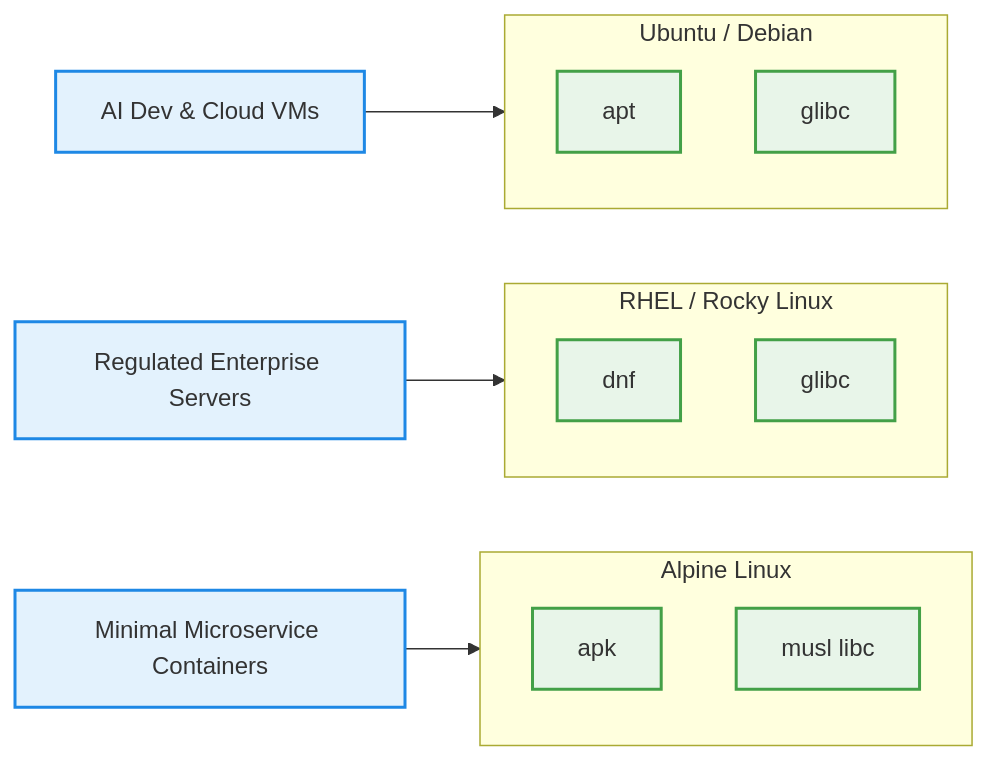
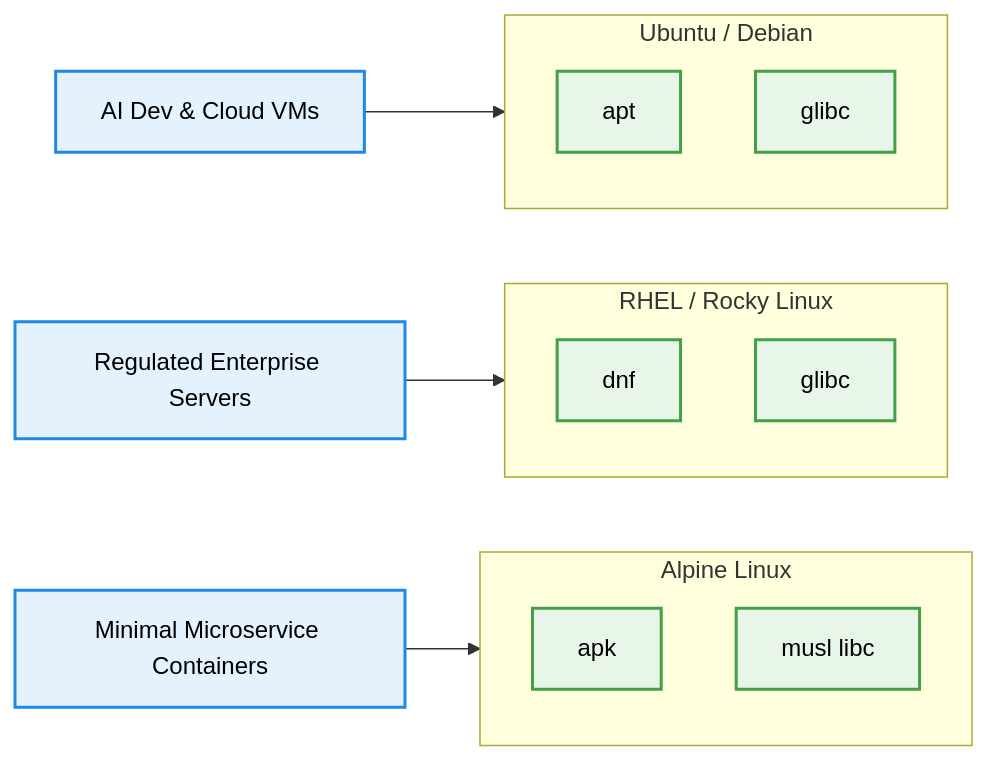
Before and after one commit to aloysiuspattath/platform-engineering-ai-course: the diagram in courses/platform-engineering/modules/module-01/lesson-03.md, drawn with Mermaid. The commit also changed 53 other files, not shown here.

Commit message:
fix: enforce high-contrast black text on mermaid diagram fills for dark mode readability

````diff
--- a/courses/platform-engineering/modules/module-01/lesson-03.md
+++ b/courses/platform-engineering/modules/module-01/lesson-03.md
@@ -91,24 +91,24 @@
 ```mermaid
 flowchart LR
-    classDef distro fill:#e3f2fd,stroke:#1e88e5,stroke-width:2px;
-    classDef component fill:#e8f5e9,stroke:#43a047,stroke-width:2px;
+    classDef distro fill:#e3f2fd,stroke:#1e88e5,stroke-width:2px,color:#000000;
+    classDef component fill:#e8f5e9,stroke:#43a047,stroke-width:2px,color:#000000;
 
     subgraph Ubuntu [Ubuntu / Debian]
         APT[apt]:::component
         GLIBC1[glibc]:::component
     end
 
     subgraph RHEL [RHEL / Rocky Linux]
         DNF[dnf]:::component
         GLIBC2[glibc]:::component
     end
 
     subgraph Alpine [Alpine Linux]
         APK[apk]:::component
         MUSL[musl libc]:::component
     end
 
     UC_DEV[AI Dev & Cloud VMs]:::distro --> Ubuntu
     UC_ENT[Regulated Enterprise Servers]:::distro --> RHEL
     UC_CONT[Minimal Microservice Containers]:::distro --> Alpine
 ```
````
